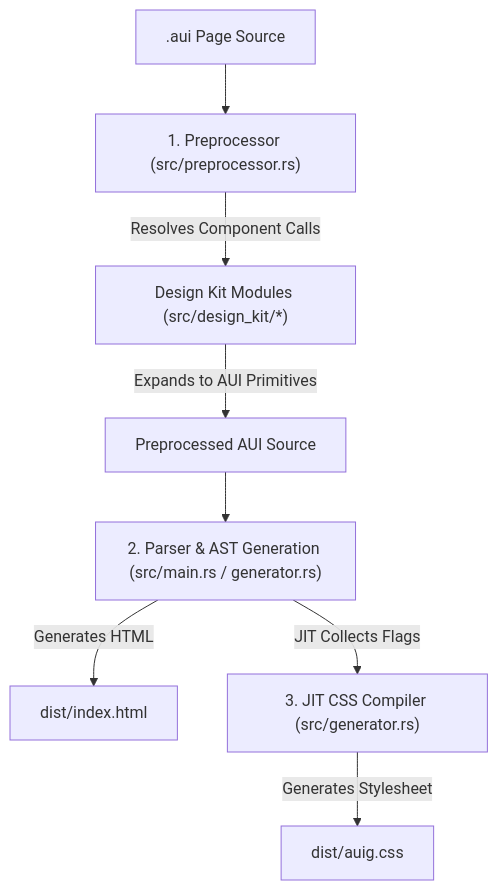
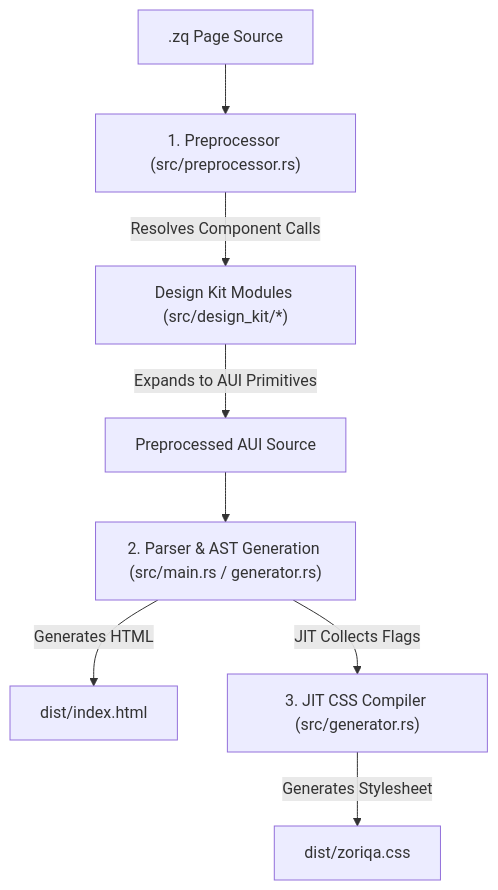
Before and after one commit to SachinRamasamy-cloud/zoriqa_founding: the diagram in docs/archive/v0_preprocessor_architecture.md, drawn with Mermaid. The commit also changed other lines of this file and 44 other files, not shown here.

````diff
--- a/docs/archive/v0_preprocessor_architecture.md
+++ b/docs/archive/v0_preprocessor_architecture.md
@@ -16,10 +16,10 @@
 ```mermaid
 graph TD
-    A[".aui Page Source"] --> B["1. Preprocessor (src/preprocessor.rs)"]
+    A[".zq Page Source"] --> B["1. Preprocessor (src/preprocessor.rs)"]
     B -->|Resolves Component Calls| C["Design Kit Modules (src/design_kit/*)"]
     C -->|Expands to AUI Primitives| D["Preprocessed AUI Source"]
     D --> E["2. Parser & AST Generation (src/main.rs / generator.rs)"]
     E -->|Generates HTML| F["dist/index.html"]
     E -->|JIT Collects Flags| G["3. JIT CSS Compiler (src/generator.rs)"]
-    G -->|Generates Stylesheet| H["dist/auig.css"]
+    G -->|Generates Stylesheet| H["dist/zoriqa.css"]
 ```
````
